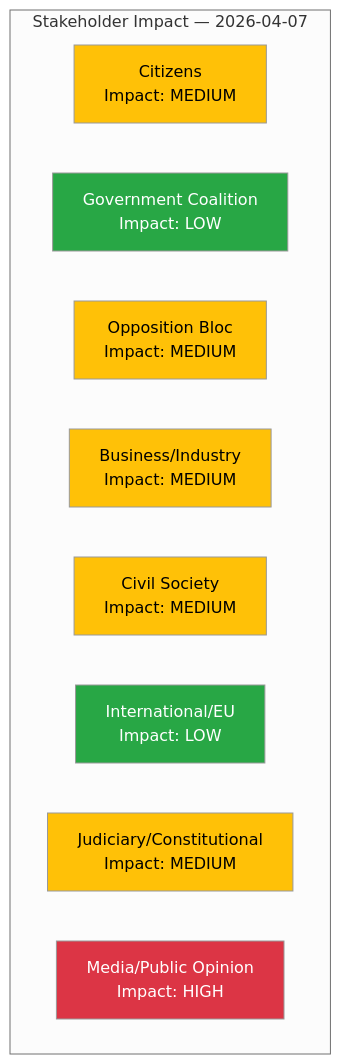
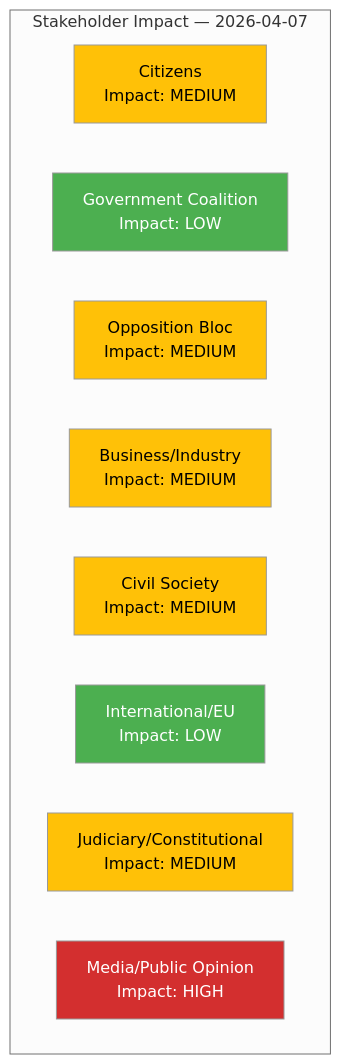
Before and after one commit to Hack23/riksdagsmonitor: the diagram in analysis/daily/2026-04-07/evening-analysis/stakeholder-perspectives.md, drawn with Mermaid (neutral theme). The commit also changed 785 other files, not shown here.

First line of the commit message:
Normalize mermaid colors across 786 analysis artifacts to ISMS Style Guide palette

````diff
--- a/analysis/daily/2026-04-07/evening-analysis/stakeholder-perspectives.md
+++ b/analysis/daily/2026-04-07/evening-analysis/stakeholder-perspectives.md
@@ -12,21 +12,21 @@
 ```mermaid
 graph TD
     subgraph "Stakeholder Impact — 2026-04-07"
         CIT["Citizens<br/>Impact: MEDIUM"]
         GOV["Government Coalition<br/>Impact: LOW"]
         OPP["Opposition Bloc<br/>Impact: MEDIUM"]
         BUS["Business/Industry<br/>Impact: MEDIUM"]
         CIV["Civil Society<br/>Impact: MEDIUM"]
         INT["International/EU<br/>Impact: LOW"]
         JUD["Judiciary/Constitutional<br/>Impact: MEDIUM"]
         MED["Media/Public Opinion<br/>Impact: HIGH"]
     end
-    style CIT fill:#ffc107,color:#000
-    style GOV fill:#28a745,color:#fff
-    style OPP fill:#ffc107,color:#000
-    style BUS fill:#ffc107,color:#000
-    style CIV fill:#ffc107,color:#000
-    style INT fill:#28a745,color:#fff
-    style JUD fill:#ffc107,color:#000
-    style MED fill:#dc3545,color:#fff
+    style CIT fill:#FFC107,color:#000000
+    style GOV fill:#4CAF50,color:#FFFFFF
+    style OPP fill:#FFC107,color:#000000
+    style BUS fill:#FFC107,color:#000000
+    style CIV fill:#FFC107,color:#000000
+    style INT fill:#4CAF50,color:#FFFFFF
+    style JUD fill:#FFC107,color:#000000
+    style MED fill:#D32F2F,color:#FFFFFF
 ```
````
